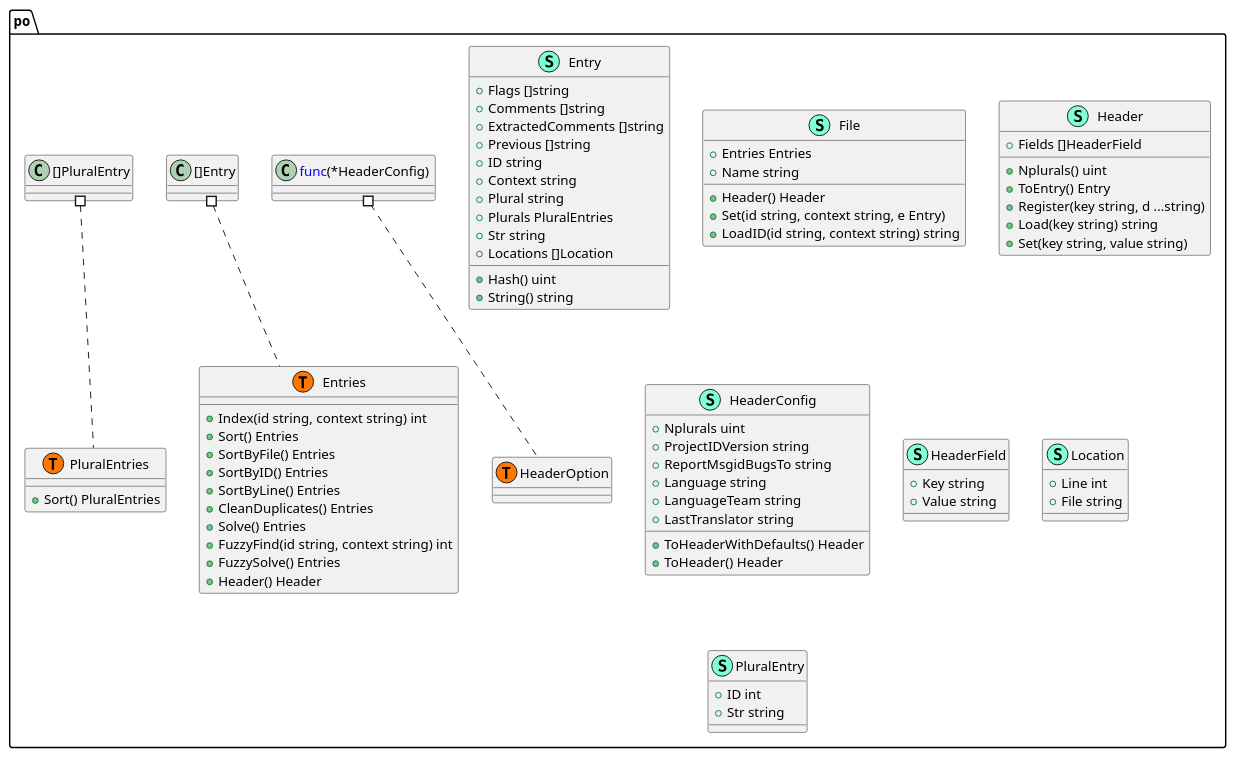
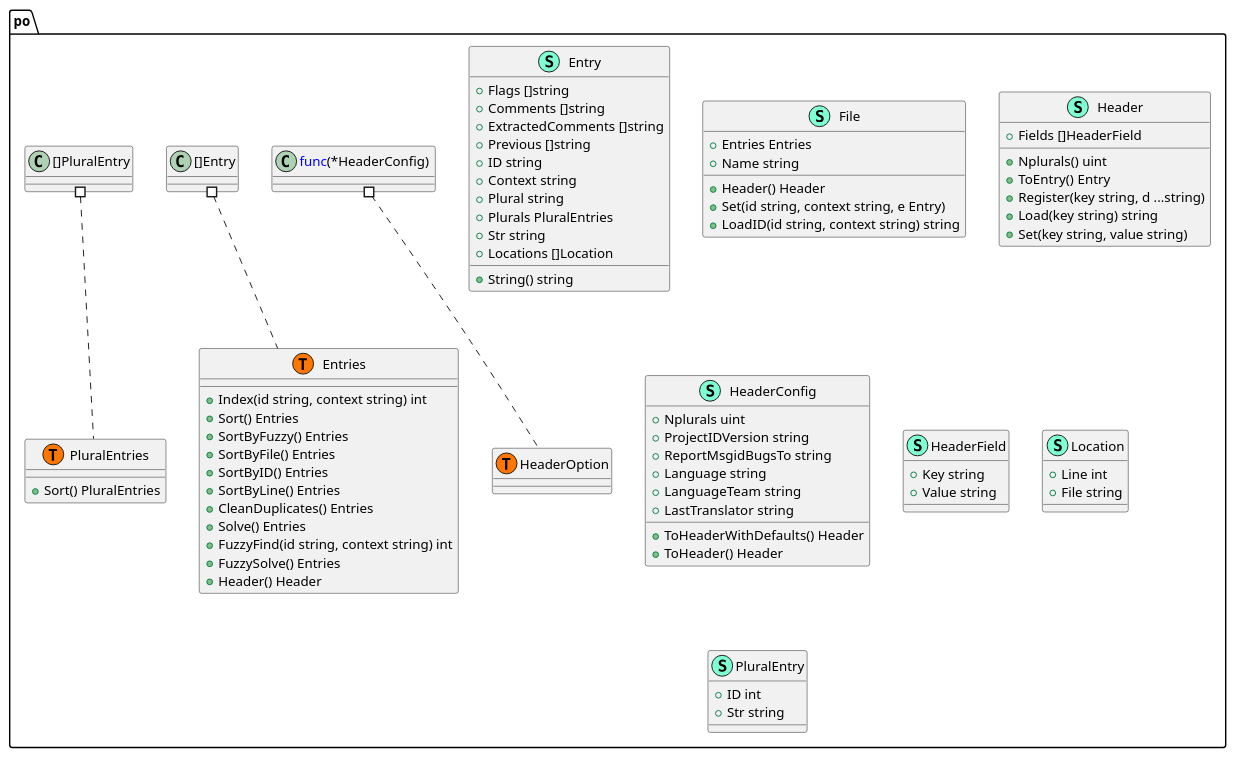
The diagram in pkg/po/structure.puml (Tom5521/gotext-tools), drawn with PlantUML before and after one commit. The commit also changed 4 other files, not shown here.

Commit message:
docs: Update PlantUML's

```diff
--- a/pkg/po/structure.puml
+++ b/pkg/po/structure.puml
@@ -1,94 +1,94 @@
 @startuml
 namespace po {
     class Entries << (S,Aquamarine) >> {
         + Index(id string, context string) int
         + Sort() Entries
+        + SortByFuzzy() Entries
         + SortByFile() Entries
         + SortByID() Entries
         + SortByLine() Entries
         + CleanDuplicates() Entries
         + Solve() Entries
         + FuzzyFind(id string, context string) int
         + FuzzySolve() Entries
         + Header() Header
 
     }
     class Entry << (S,Aquamarine) >> {
         + Flags []string
         + Comments []string
         + ExtractedComments []string
         + Previous []string
         + ID string
         + Context string
         + Plural string
         + Plurals PluralEntries
         + Str string
         + Locations []Location
 
-        + Hash() uint
         + String() string
 
     }
     class File << (S,Aquamarine) >> {
         + Entries Entries
         + Name string
 
         + Header() Header
         + Set(id string, context string, e Entry) 
         + LoadID(id string, context string) string
 
     }
     class Header << (S,Aquamarine) >> {
         + Fields []HeaderField
 
         + Nplurals() uint
         + ToEntry() Entry
         + Register(key string, d ...string) 
         + Load(key string) string
         + Set(key string, value string) 
 
     }
     class HeaderConfig << (S,Aquamarine) >> {
         + Nplurals uint
         + ProjectIDVersion string
         + ReportMsgidBugsTo string
         + Language string
         + LanguageTeam string
         + LastTranslator string
 
         + ToHeaderWithDefaults() Header
         + ToHeader() Header
 
     }
     class HeaderField << (S,Aquamarine) >> {
         + Key string
         + Value string
 
     }
     class Location << (S,Aquamarine) >> {
         + Line int
         + File string
 
     }
     class PluralEntries << (S,Aquamarine) >> {
         + Sort() PluralEntries
 
     }
     class PluralEntry << (S,Aquamarine) >> {
         + ID int
         + Str string
 
     }
     class po.Entries << (T, #FF7700) >>  {
     }
     class po.HeaderOption << (T, #FF7700) >>  {
     }
     class po.PluralEntries << (T, #FF7700) >>  {
     }
 }
 
 
 "po.<font color=blue>func</font>(*HeaderConfig) " #.. "po.HeaderOption"
 "po.[]Entry" #.. "po.Entries"
 "po.[]PluralEntry" #.. "po.PluralEntries"
 @enduml
```
